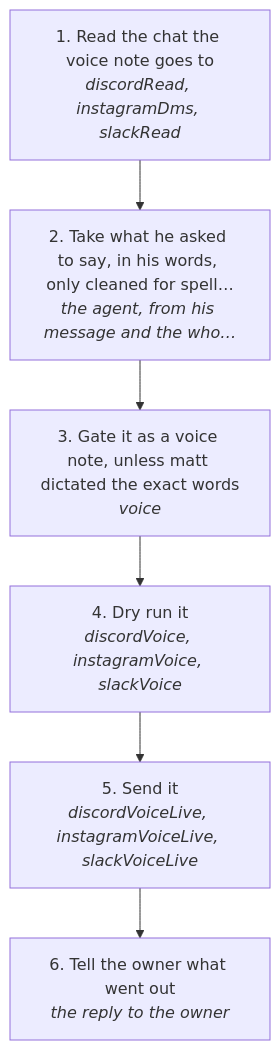
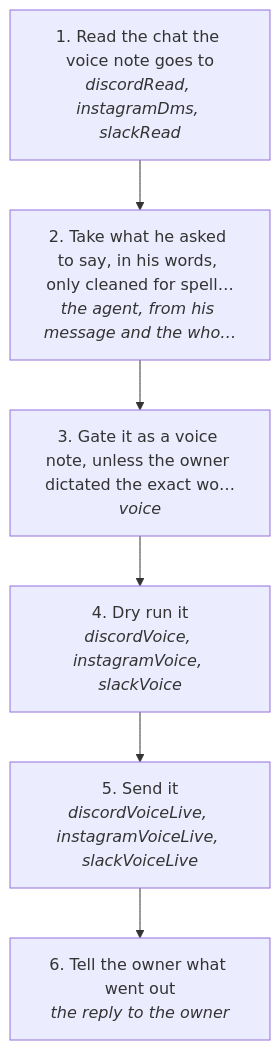
The diagram in docs/useCases/inbox/voiceNote.md (matthewdonsemail-lab/log), drawn with Mermaid before and after one commit. The commit also changed other lines of this file and 267 other files, not shown here.

````diff
--- a/docs/useCases/inbox/voiceNote.md
+++ b/docs/useCases/inbox/voiceNote.md
@@ -14,14 +14,14 @@
 ```mermaid
 flowchart TD
   s0["1. Read the chat the voice note goes to<br/><i>discordRead, instagramDms, slackRead</i>"]
   s1["2. Take what he asked to say, in his words, only cleaned for spell…<br/><i>the agent, from his message and the who…</i>"]
-  s2["3. Gate it as a voice note, unless matt dictated the exact words<br/><i>voice</i>"]
+  s2["3. Gate it as a voice note, unless the owner dictated the exact wo…<br/><i>voice</i>"]
   s3["4. Dry run it<br/><i>discordVoice, instagramVoice, slackVoice</i>"]
   s4["5. Send it<br/><i>discordVoiceLive, instagramVoiceLive, slackVoiceLive</i>"]
   s5["6. Tell the owner what went out<br/><i>the reply to the owner</i>"]
   s0 --> s1
   s1 --> s2
   s2 --> s3
   s3 --> s4
   s4 --> s5
 ```
````
